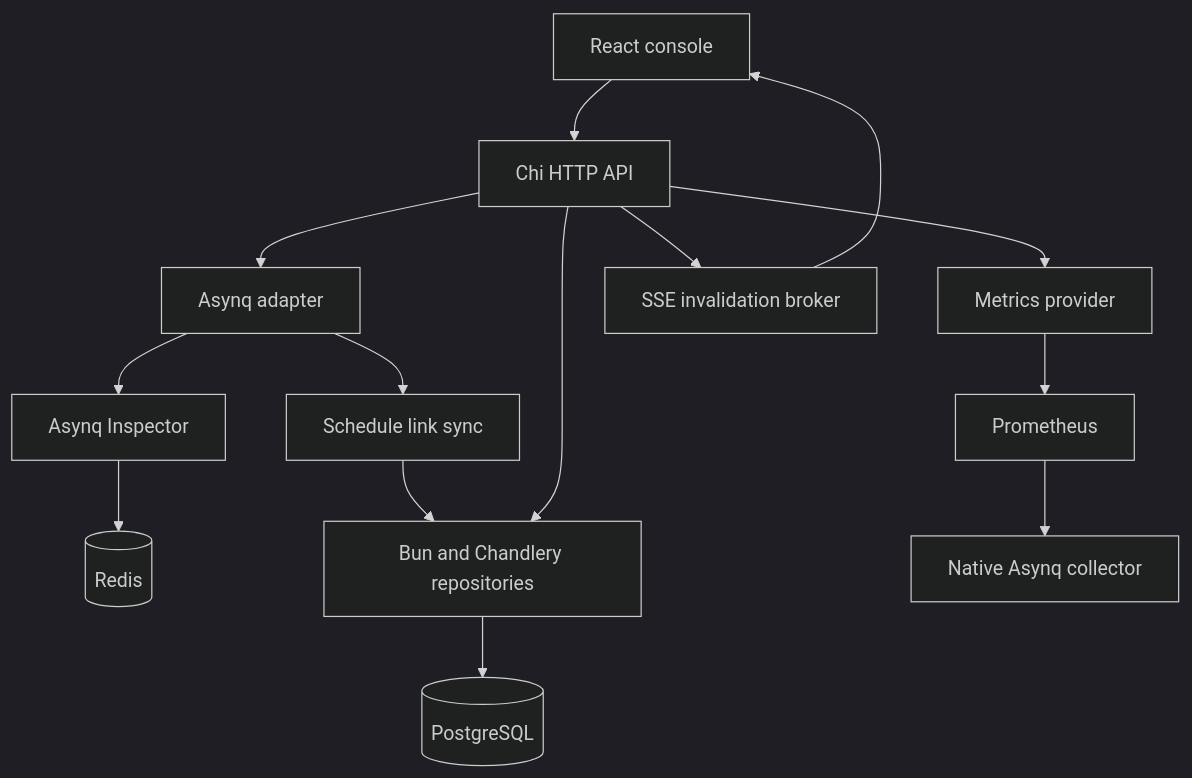
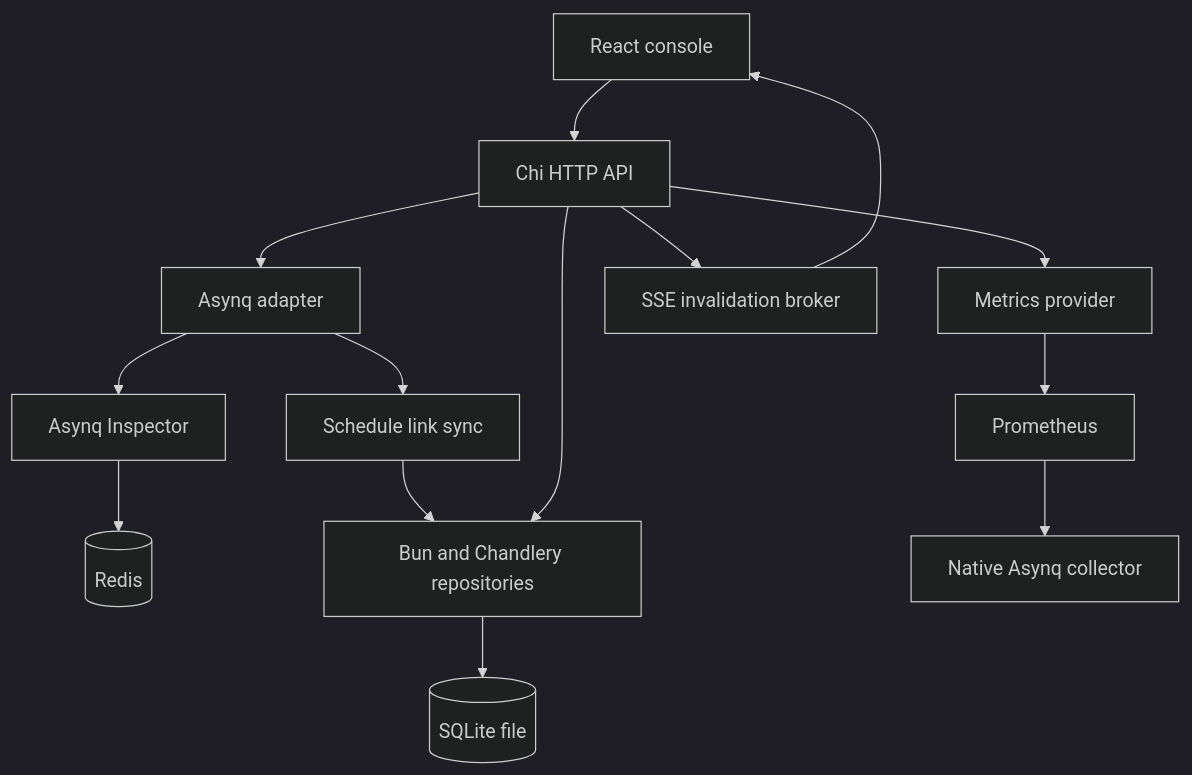
Before and after one commit to nanaaikinson/spool: the diagram in docs/architecture.md, drawn with Mermaid (dark theme). The commit also changed other lines of this file and 31 other files, not shown here.

First line of the commit message:
refactor!: replace PostgreSQL with SQLite persistent storage

````diff
--- a/docs/architecture.md
+++ b/docs/architecture.md
@@ -5,16 +5,16 @@
 ```mermaid
 flowchart TD
   Browser[React console] --> API[Chi HTTP API]
   API --> Adapter[Asynq adapter]
   Adapter --> Inspector[Asynq Inspector]
   Inspector --> Redis[(Redis)]
   Adapter --> Links[Schedule link sync]
   Links --> Store
   API --> Metrics[Metrics provider]
   Metrics --> Prometheus[Prometheus]
   Prometheus --> Exporter[Native Asynq collector]
   API --> Store[Bun and Chandlery repositories]
-  Store --> Postgres[(PostgreSQL)]
+  Store --> SQLite[(SQLite file)]
   API --> Events[SSE invalidation broker]
   Events --> Browser
 ```
````
